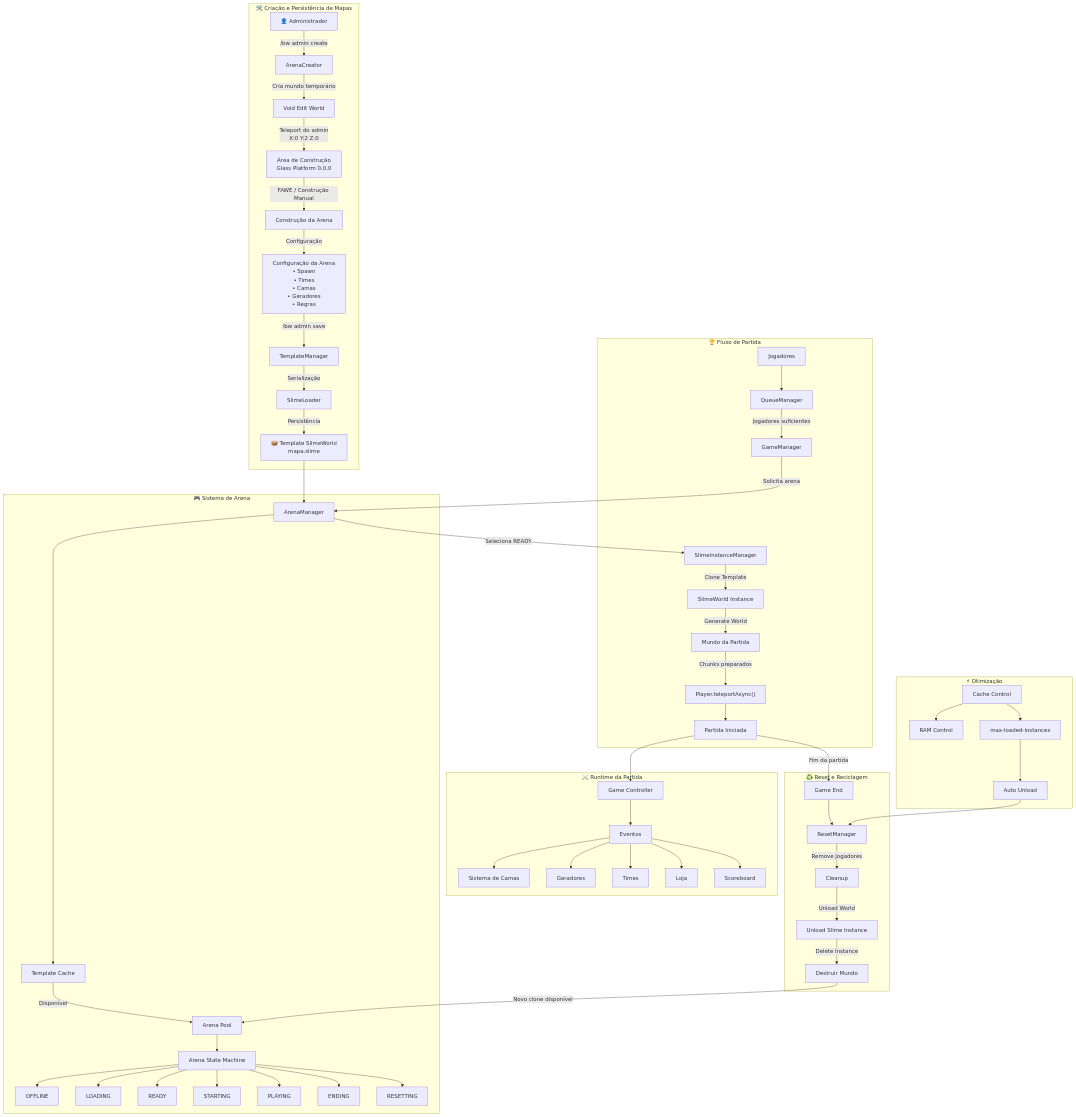
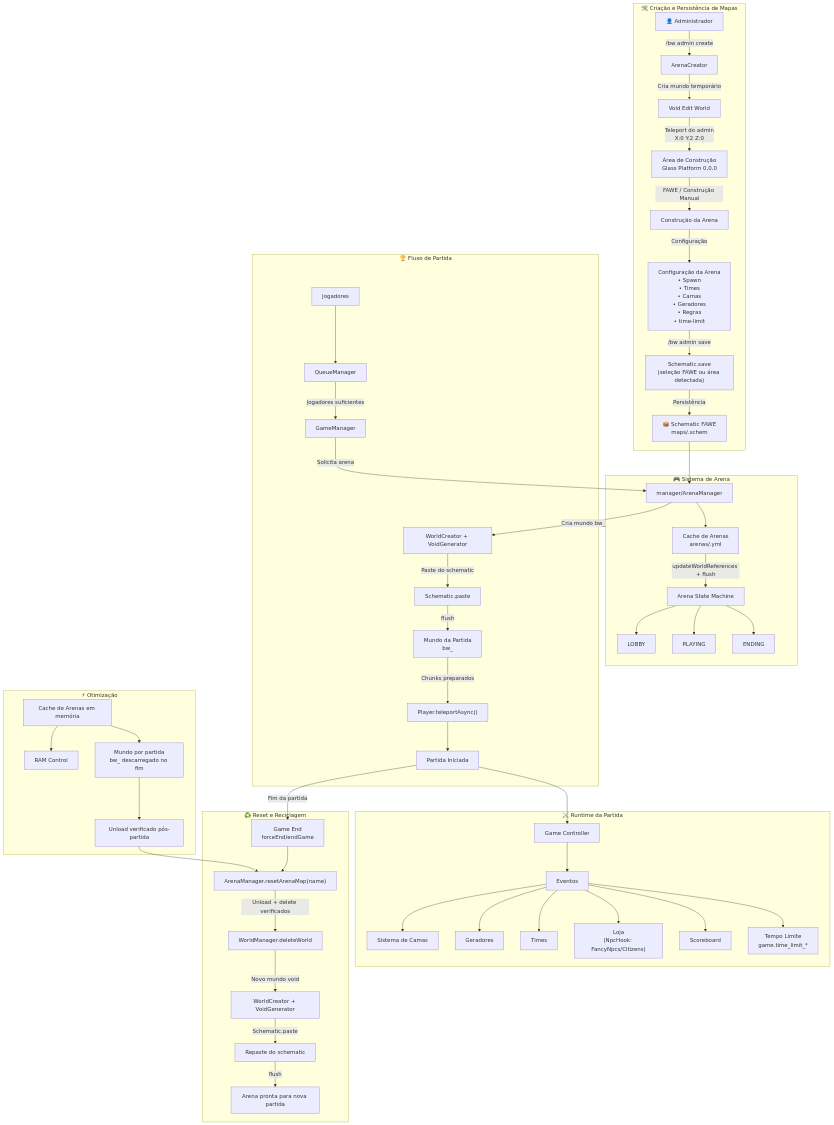
The diagram in ARCHITECTURE.md (sebastianjnuwu/BedWars), drawn with Mermaid before and after one commit. The commit also changed other lines of this file and 1 other file, not shown here.

Commit message:
v0.0.1-178 - docs: diagramas de arquitetura refletem o sistema Schematic ativo (nao Slime)

````diff
--- a/ARCHITECTURE.md
+++ b/ARCHITECTURE.md
@@ -37,13 +37,11 @@
 
     EditorPosition -->|"FAWE / Construção Manual"| Build["Construção da Arena"]
 
-    Build -->|"Configuração"| Setup["Configuração da Arena\n• Spawn\n• Times\n• Camas\n• Geradores\n• Regras"]
+    Build -->|"Configuração"| Setup["Configuração da Arena\n• Spawn\n• Times\n• Camas\n• Geradores\n• Regras\n• time-limit"]
 
-    Setup -->|"/bw admin save"| TemplateManager["TemplateManager"]
+    Setup -->|"/bw admin save"| SchematicSave["Schematic.save\n(seleção FAWE ou área detectada)"]
 
-    TemplateManager -->|"Serialização"| SlimeStorage["SlimeLoader"]
-
-    SlimeStorage -->|"Persistência"| Template["📦 Template SlimeWorld\nmapa.slime"]
+    SchematicSave -->|"Persistência"| SchematicStorage["📦 Schematic FAWE\nmaps/<nome>.schem"]
 
 end
 
@@ -54,21 +52,15 @@
 
 subgraph ARENA_SYSTEM["🎮 Sistema de Arena"]
 
-    Template --> ArenaManager["ArenaManager"]
+    SchematicStorage --> ArenaManager["manager/ArenaManager"]
 
-    ArenaManager --> TemplateCache["Template Cache"]
+    ArenaManager --> ArenaCache["Cache de Arenas\narenas/<nome>.yml"]
 
-    TemplateCache -->|"Disponível"| ArenaPool["Arena Pool"]
+    ArenaCache -->|"updateWorldReferences + flush"| States["Arena State Machine"]
 
-    ArenaPool --> States["Arena State Machine"]
-
-    States --> OFFLINE["OFFLINE"]
-    States --> LOADING["LOADING"]
-    States --> READY["READY"]
-    States --> STARTING["STARTING"]
+    States --> LOBBY["LOBBY"]
     States --> PLAYING["PLAYING"]
     States --> ENDING["ENDING"]
-    States --> RESETTING["RESETTING"]
 
 end
 
@@ -87,11 +79,11 @@
 
     GameManager -->|"Solicita arena"| ArenaManager
 
-    ArenaManager -->|"Seleciona READY"| InstanceManager["SlimeInstanceManager"]
+    ArenaManager -->|"Cria mundo bw_<nome>"| WorldCreate["WorldCreator + VoidGenerator"]
 
-    InstanceManager -->|"Clone Template"| Clone["SlimeWorld Instance"]
+    WorldCreate -->|"Paste do schematic"| SchematicPaste["Schematic.paste"]
 
-    Clone -->|"Generate World"| GameWorld["Mundo da Partida"]
+    SchematicPaste -->|"flush"| GameWorld["Mundo da Partida\nbw_<nome>"]
 
     GameWorld -->|"Chunks preparados"| Teleport["Player.teleportAsync()"]
 
@@ -116,9 +108,11 @@
 
     Events --> Teams["Times"]
 
-    Events --> Shop["Loja"]
+    Events --> Shop["Loja\n(NpcHook: FancyNpcs/Citizens)"]
 
     Events --> Score["Scoreboard"]
+
+    Events --> TimeLimit["Tempo Limite\ngame.time_limit_*"]
 
 end
 
@@ -129,17 +123,17 @@
 
 subgraph RESET["♻️ Reset e Reciclagem"]
 
-    Match -->|"Fim da partida"| EndGame["Game End"]
+    Match -->|"Fim da partida"| EndGame["Game End\nforceEnd/endGame"]
 
-    EndGame --> ResetManager["ResetManager"]
+    EndGame --> ResetArena["ArenaManager.resetArenaMap(name)"]
 
-    ResetManager -->|"Remove jogadores"| Cleanup["Cleanup"]
+    ResetArena -->|"Unload + delete verificados"| DeleteWorld["WorldManager.deleteWorld"]
 
-    Cleanup -->|"Unload World"| Unload["Unload Slime Instance"]
+    DeleteWorld -->|"Novo mundo void"| NewWorld["WorldCreator + VoidGenerator"]
 
-    Unload -->|"Delete Instance"| Destroy["Destruir Mundo"]
+    NewWorld -->|"Schematic.paste"| Repaste["Repaste do schematic"]
 
-    Destroy -->|"Novo clone disponível"| ArenaPool
+    Repaste -->|"flush"| ArenaPool["Arena pronta para nova partida"]
 
 end
 
@@ -150,15 +144,15 @@
 
 subgraph PERFORMANCE["⚡ Otimização"]
 
-    Cache["Cache Control"]
+    Cache["Cache de Arenas em memória"]
 
     Cache --> RAM["RAM Control"]
 
-    Cache --> Limit["max-loaded-instances"]
+    Cache --> Limit["Mundo por partida\nbw_<nome> descarregado no fim"]
 
-    Limit --> UnloadPolicy["Auto Unload"]
+    Limit --> UnloadPolicy["Unload verificado pós-partida"]
 
-    UnloadPolicy --> ResetManager
+    UnloadPolicy --> ResetArena
 
 end
 ```
````
